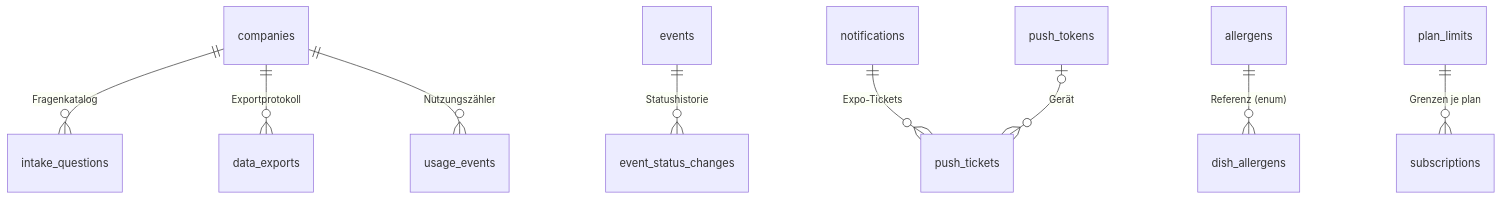
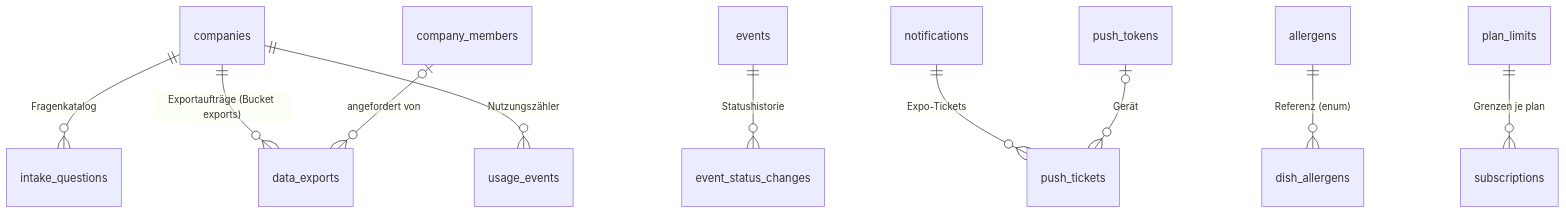
The second of 3 diagrams in docs/03-datenmodell.md (Maddin1337/catering-app), drawn with Mermaid before and after one commit. The commit also changed other lines of this file and 3 other files, not shown here.

````diff
--- a/docs/03-datenmodell.md
+++ b/docs/03-datenmodell.md
@@ -260,11 +262,12 @@
 ```mermaid
 erDiagram
     companies ||--o{ intake_questions : "Fragenkatalog"
     events ||--o{ event_status_changes : "Statushistorie"
-    companies ||--o{ data_exports : "Exportprotokoll"
+    companies ||--o{ data_exports : "Exportaufträge (Bucket exports)"
+    company_members |o--o{ data_exports : "angefordert von"
     notifications ||--o{ push_tickets : "Expo-Tickets"
     push_tokens |o--o{ push_tickets : "Gerät"
     companies ||--o{ usage_events : "Nutzungszähler"
     allergens ||--o{ dish_allergens : "Referenz (enum)"
     plan_limits ||--o{ subscriptions : "Grenzen je plan"
 ```
````
